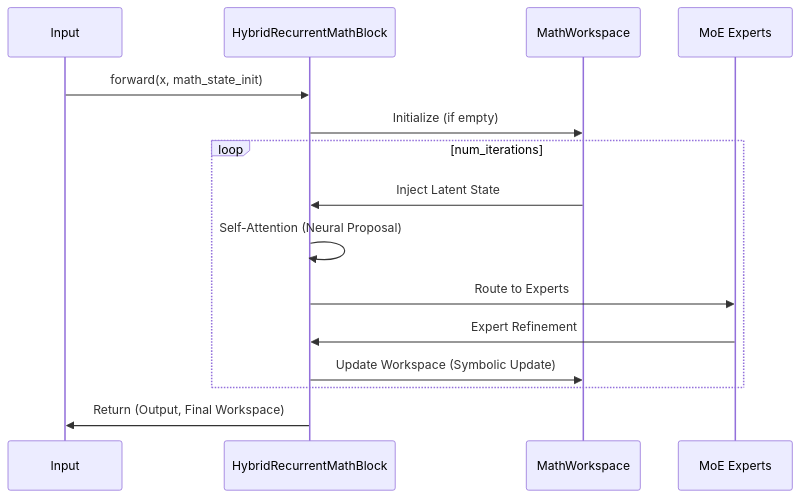
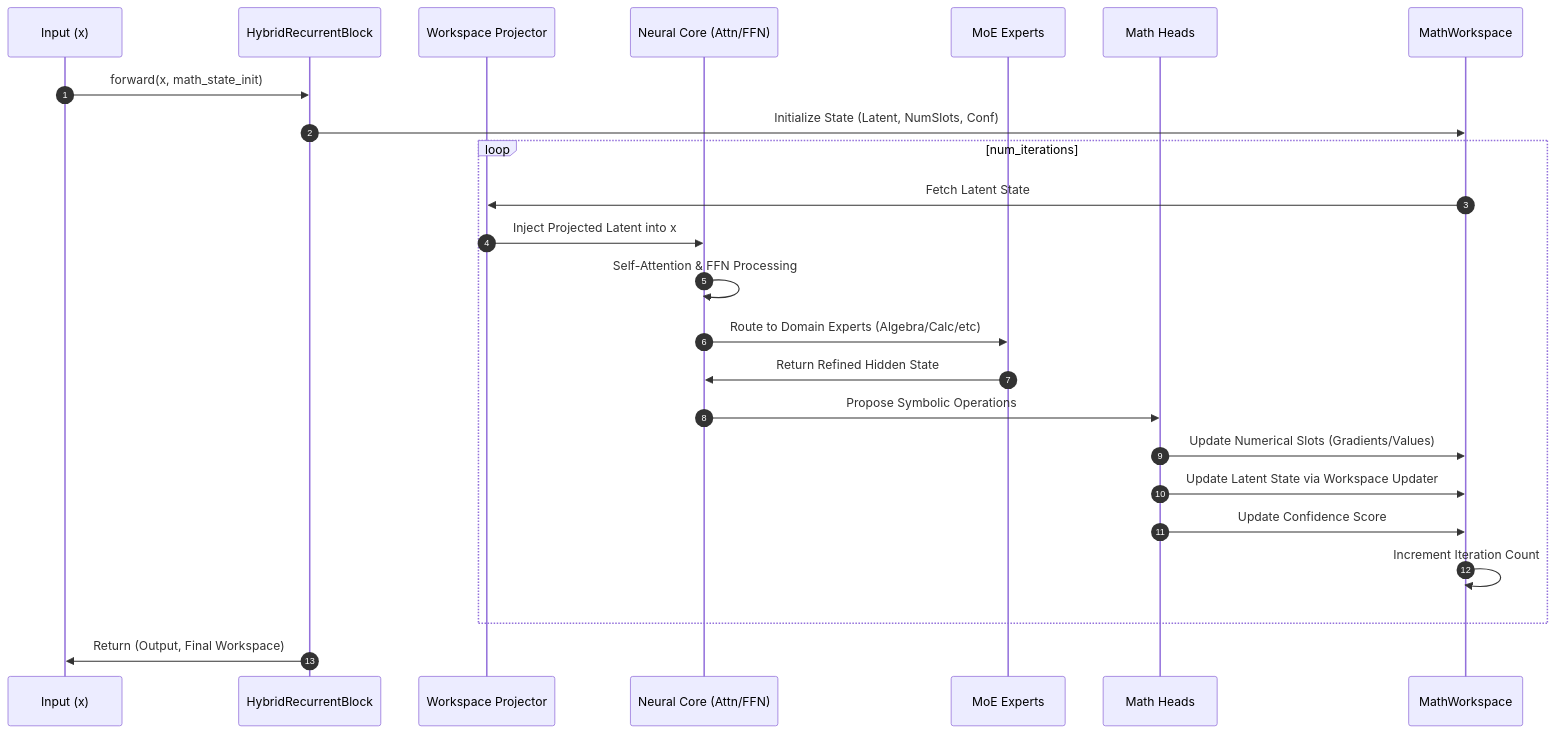
Before and after one commit to Neutron-Binary-LLC/OpenMetis: the second of 2 diagrams in README.md, drawn with Mermaid. The commit also changed other lines of this file and 6 other files, not shown here.

First line of the commit message:
Revamp README and codebase with enhanced workspace, symbolic heads, and math operations

````diff
--- a/README.md
+++ b/README.md
@@ -25,18 +87,29 @@
 ```mermaid
 sequenceDiagram
-    participant I as Input
-    participant B as HybridRecurrentMathBlock
+    autonumber
+    participant I as Input (x)
+    participant B as HybridRecurrentBlock
+    participant P as Workspace Projector
+    participant N as Neural Core (Attn/FFN)
+    participant E as MoE Experts
+    participant H as Math Heads
     participant W as MathWorkspace
-    participant E as MoE Experts
 
     I->>B: forward(x, math_state_init)
-    B->>W: Initialize (if empty)
+    B->>W: Initialize State (Latent, NumSlots, Conf)
+    
     loop num_iterations
-        W->>B: Inject Latent State
-        B->>B: Self-Attention (Neural Proposal)
-        B->>E: Route to Experts
-        E->>B: Expert Refinement
-        B->>W: Update Workspace (Symbolic Update)
+        W->>P: Fetch Latent State
+        P->>N: Inject Projected Latent into x
+        N->>N: Self-Attention & FFN Processing
+        N->>E: Route to Domain Experts (Algebra/Calc/etc)
+        E->>N: Return Refined Hidden State
+        N->>H: Propose Symbolic Operations
+        H->>W: Update Numerical Slots (Gradients/Values)
+        H->>W: Update Latent State via Workspace Updater
+        H->>W: Update Confidence Score
+        W->>W: Increment Iteration Count
     end
+    
     B->>I: Return (Output, Final Workspace)
 ```
````
